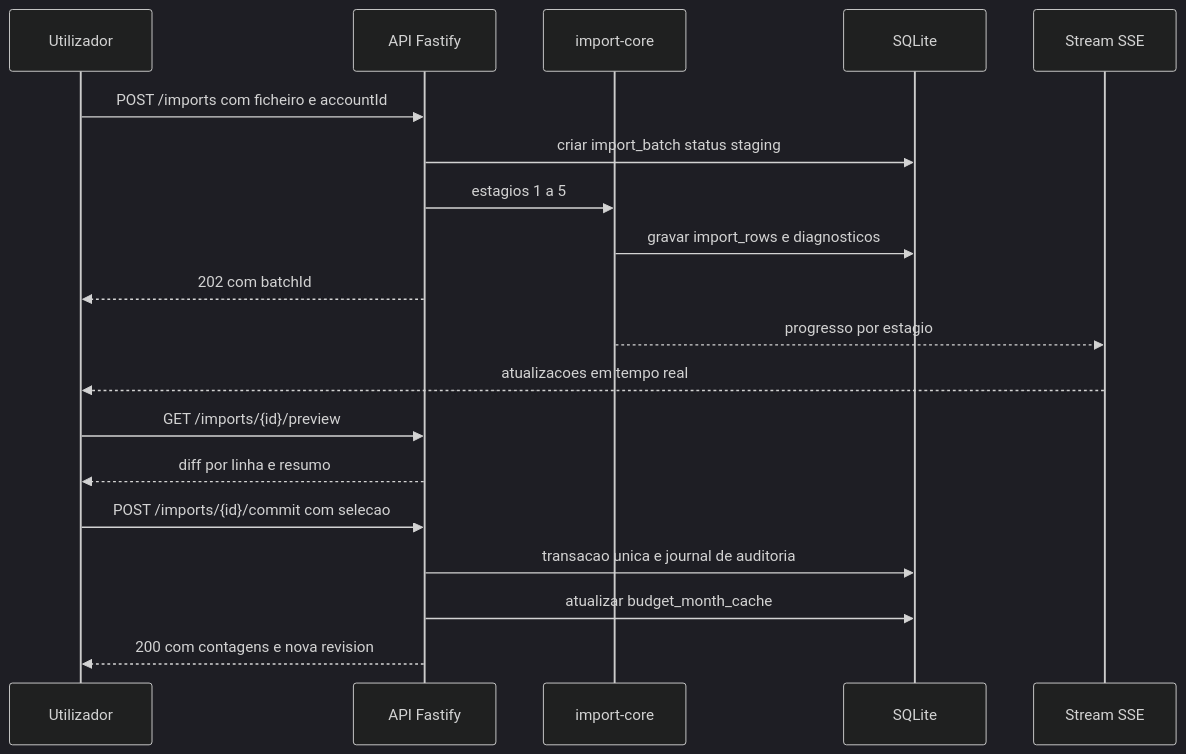
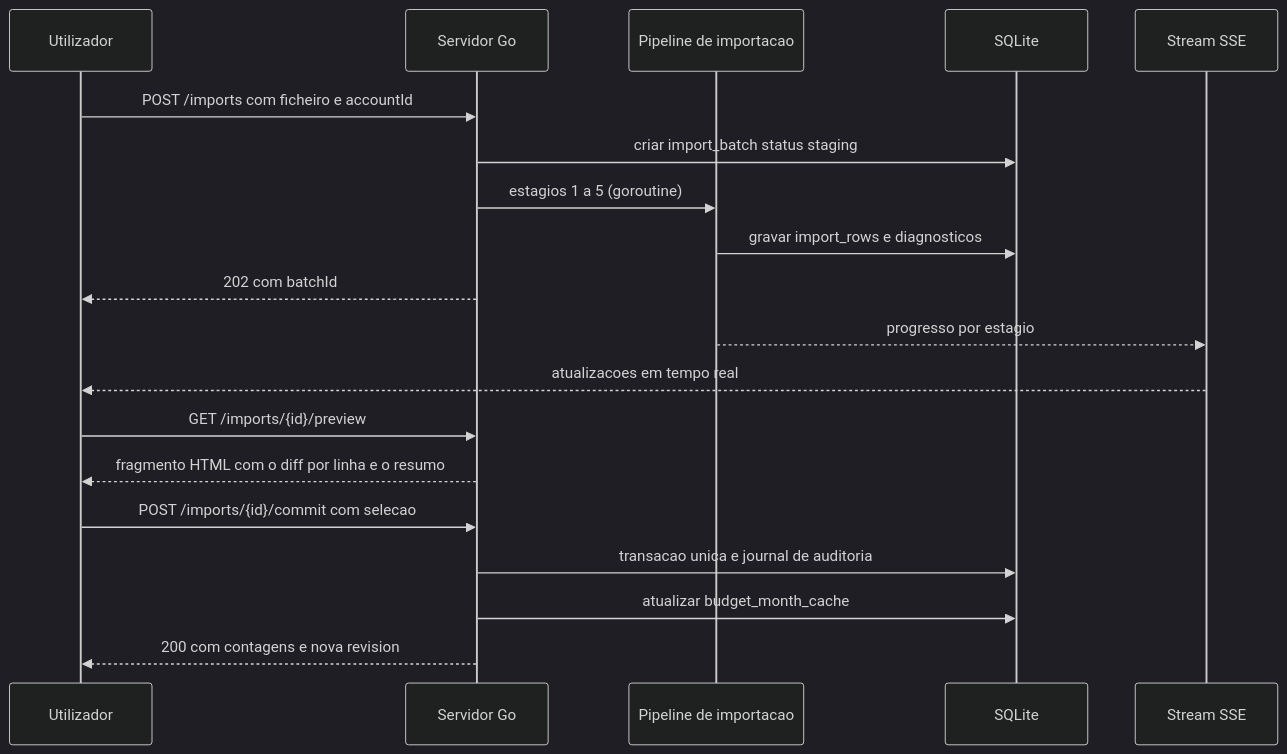
Before and after one commit to giovbon/codespaces-blank: the second of 2 diagrams in docs/04-motor-importacao-csv.md, drawn with Mermaid (dark theme). The commit also changed other lines of this file and 18 other files, not shown here.

````diff
--- a/docs/04-motor-importacao-csv.md
+++ b/docs/04-motor-importacao-csv.md
@@ -25,21 +27,21 @@
 ```mermaid
 sequenceDiagram
   participant U as Utilizador
-  participant API as API Fastify
-  participant IMP as import-core
+  participant API as Servidor Go
+  participant IMP as Pipeline de importacao
   participant DB as SQLite
   participant SSE as Stream SSE
   U->>API: POST /imports com ficheiro e accountId
   API->>DB: criar import_batch status staging
-  API->>IMP: estagios 1 a 5
+  API->>IMP: estagios 1 a 5 (goroutine)
   IMP->>DB: gravar import_rows e diagnosticos
   API-->>U: 202 com batchId
   IMP-->>SSE: progresso por estagio
   SSE-->>U: atualizacoes em tempo real
   U->>API: GET /imports/{id}/preview
-  API-->>U: diff por linha e resumo
+  API-->>U: fragmento HTML com o diff por linha e o resumo
   U->>API: POST /imports/{id}/commit com selecao
   API->>DB: transacao unica e journal de auditoria
   API->>DB: atualizar budget_month_cache
   API-->>U: 200 com contagens e nova revision
 ```
````
